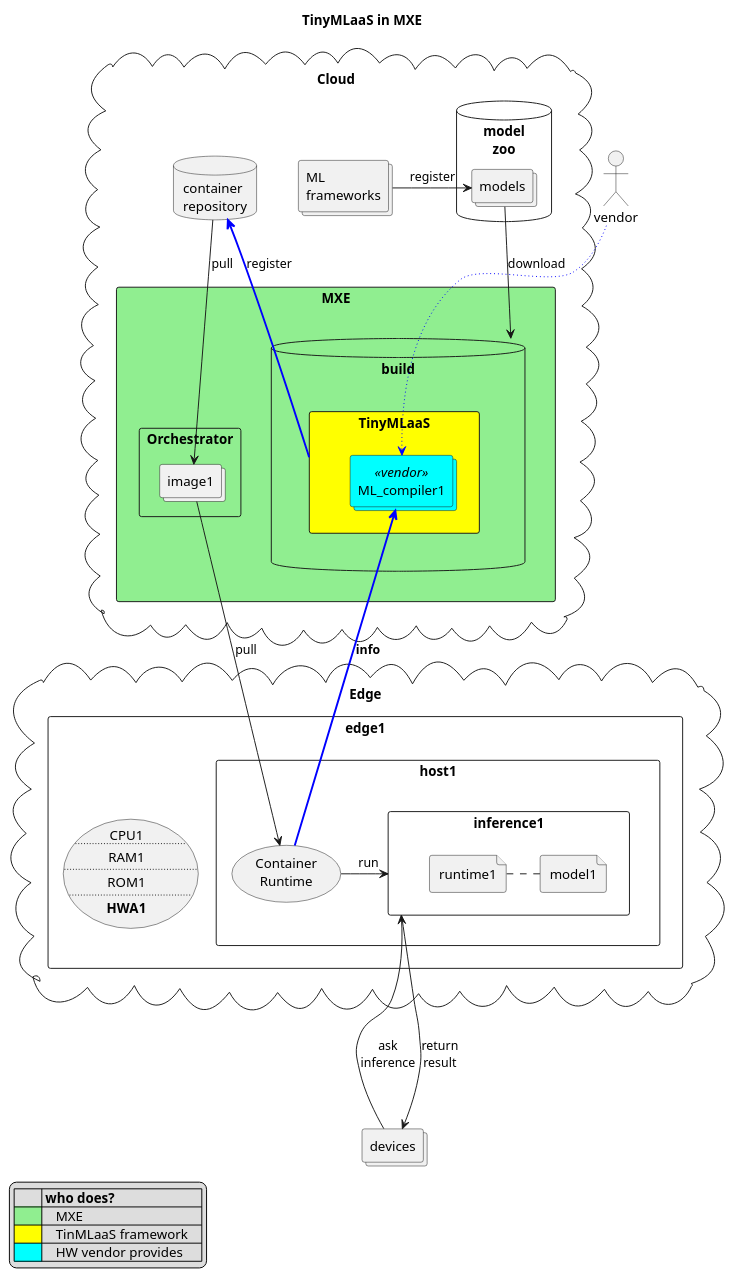
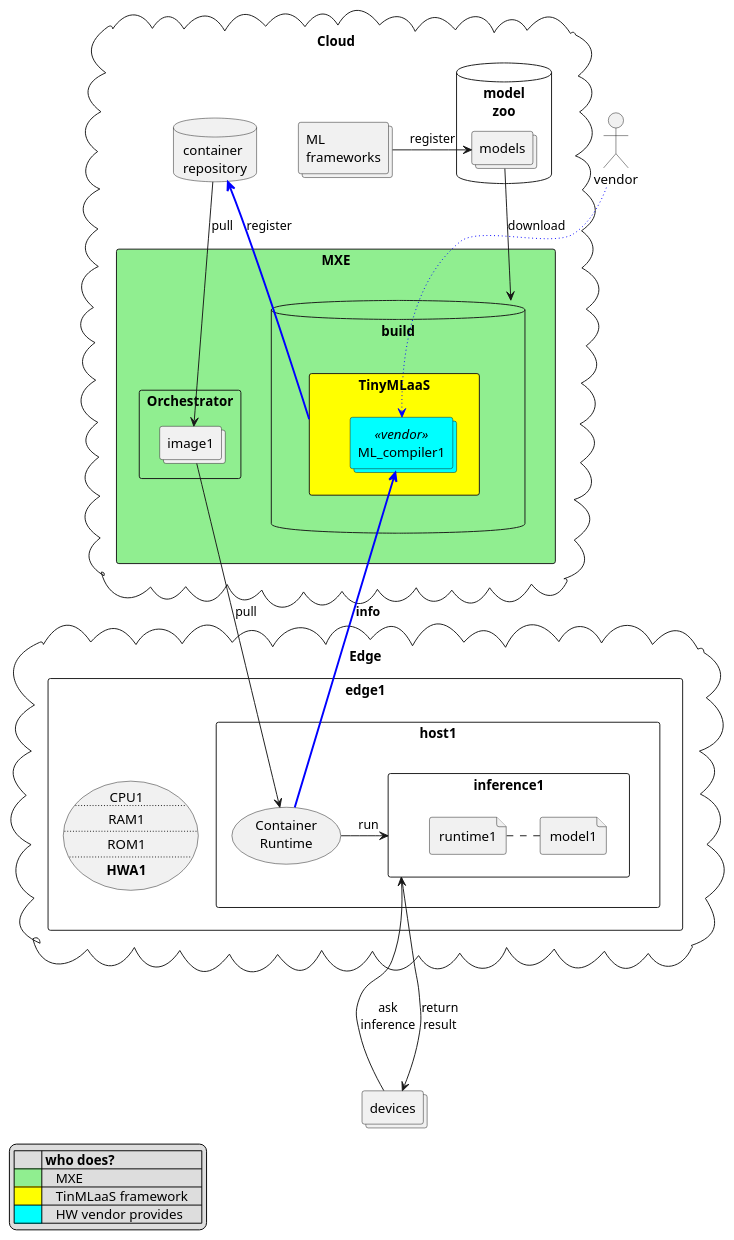
One commit to doyu/elc2019 changed the diagram in mxe.puml. Above: the diagram before and after it, drawn with PlantUML. The commit also changed 1 other file, not shown here.

Commit message:
update mxe

```diff
--- a/mxe.puml
+++ b/mxe.puml
@@ -1,78 +1,78 @@
 @startuml
 
-title TinyMLaaS in MXE
+'title TinyMLaaS in MXE
 
 actor vendor
 
 cloud Cloud {
         collections "ML\nframeworks" as mlf
         database model\nzoo {
                 collections models
         }
         database "container\nrepository" as container_repository
         mlf -left-> models : register
 
        Rectangle MXE #lightgreen {
 		database build {
                 	rectangle TinyMLaaS #yellow {
                 	        collections ML_compiler1 <<vendor>> #Aqua
 
 				vendor -[#blue,dotted]down-> ML_compiler1
                 	}
 		}
                 rectangle Orchestrator {
                         collections image1
                 }
                 TinyMLaaS -[#blue,bold]> container_repository : register
 	        build <-up- models : download
         }
 
 }
 
 'note top of MXE
 'MXE:
 '- Build server
 '- Orchestrator
 '- Container registory?
 'end note
 
 cloud Edge {
         container_repository -down-> image1 : pull
 
         rectangle edge1 {
                 rectangle host1 {
                         (Container\nRuntime) as containerd
                         rectangle inference1 {
                                 file model1
                                 file runtime1
                                 runtime1 .right. model1
                         }
                 }
                 usecase HW1 as "CPU1
                         ..
                         RAM1
                         ..
                         ROM1
                         ..
                         **HWA1**"
         }
 
         containerd -[#blue,bold]up-> ML_compiler1 : **info**
         image1 -down-> containerd : pull
         containerd -> inference1 : run
 }
 
 collections devices
 
 devices -up-> inference1 : ask\ninference
 devices <-up-- inference1 : return\nresult
 
 
 legend left
 |= |= who does? |
 |<back:lightgreen>        </back>|    MXE    |
 |<back:yellow>        </back>|    TinMLaaS framework    |
 |<back:aqua>        </back>|    HW vendor provides    |
 end legend
 
 @enduml
```
